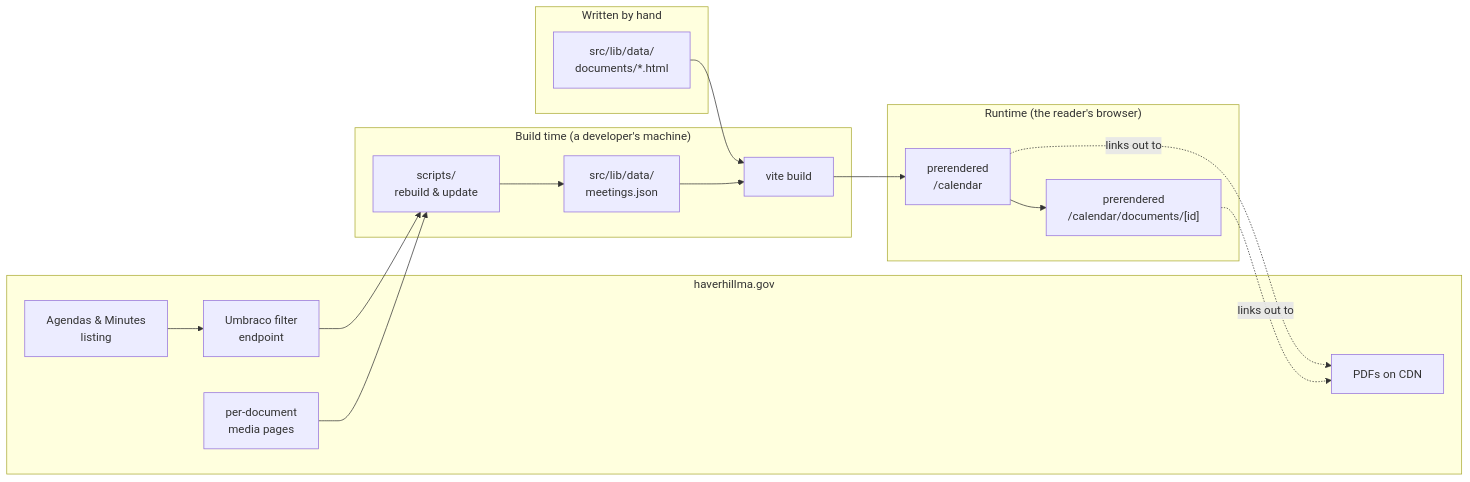
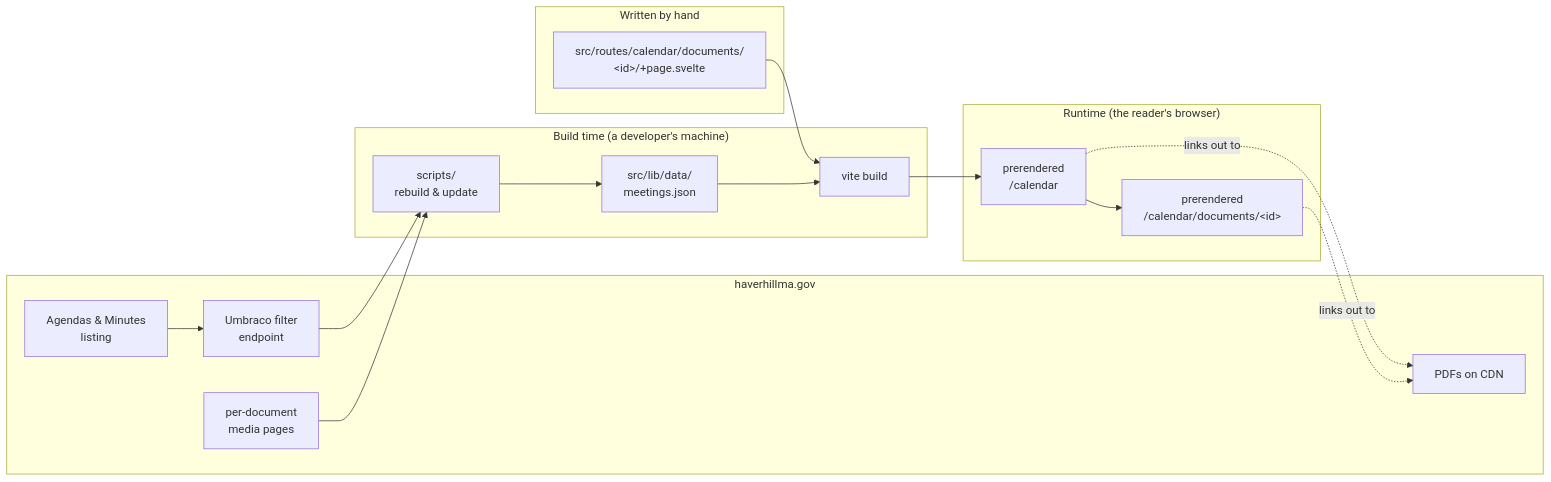
The diagram in docs/README.md (Alchemical-Artisans/civics), drawn with Mermaid before and after one commit. The commit also changed other lines of this file and 17 other files, not shown here.

````diff
--- a/docs/README.md
+++ b/docs/README.md
@@ -26,31 +26,31 @@
 ```mermaid
 flowchart LR
     subgraph city["haverhillma.gov"]
         L["Agendas & Minutes<br/>listing"]
         E["Umbraco filter<br/>endpoint"]
         M["per-document<br/>media pages"]
         P["PDFs on CDN"]
     end
 
     subgraph build["Build time (a developer's machine)"]
         S["scripts/<br/>rebuild &amp; update"]
         J["src/lib/data/<br/>meetings.json"]
         V["vite build"]
     end
 
     subgraph hand["Written by hand"]
-        D["src/lib/data/<br/>documents/*.html"]
+        D["src/routes/calendar/documents/<br/>&lt;id&gt;/+page.svelte"]
     end
 
     subgraph runtime["Runtime (the reader's browser)"]
         H["prerendered<br/>/calendar"]
-        O["prerendered<br/>/calendar/documents/[id]"]
+        O["prerendered<br/>/calendar/documents/&lt;id&gt;"]
     end
 
     L --> E --> S
     M --> S
     D --> V
     S --> J --> V --> H --> O
     H -. "links out to" .-> P
     O -. "links out to" .-> P
 ```
````
